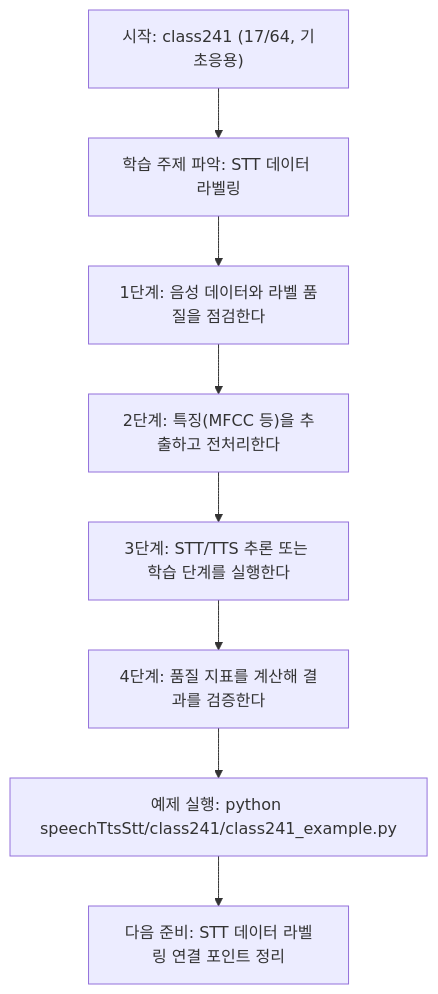
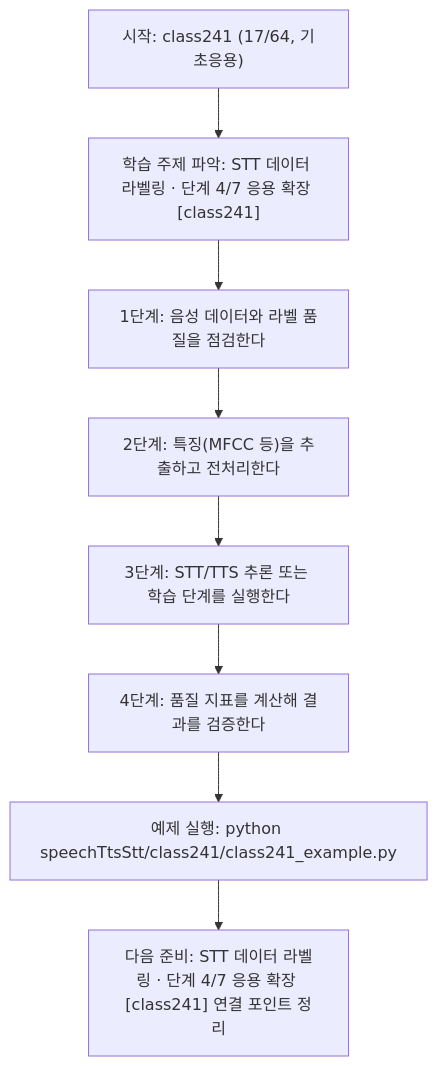
The diagram in speechTtsStt/class241/class241.md (edumgt/Python-AI_Agent-Class), drawn with Mermaid before and after one commit. The commit also changed other lines of this file and 522 other files, not shown here.

````diff
--- a/speechTtsStt/class241/class241.md
+++ b/speechTtsStt/class241/class241.md
@@ -113,18 +114,18 @@
 ```mermaid
 flowchart TD
 N1["시작: class241 (17/64, 기초응용)"]
-N2["학습 주제 파악: STT 데이터 라벨링"]
+N2["학습 주제 파악: STT 데이터 라벨링 · 단계 4/7 응용 확장 [class241]"]
 N3["1단계: 음성 데이터와 라벨 품질을 점검한다"]
 N4["2단계: 특징(MFCC 등)을 추출하고 전처리한다"]
 N5["3단계: STT/TTS 추론 또는 학습 단계를 실행한다"]
 N6["4단계: 품질 지표를 계산해 결과를 검증한다"]
 N7["예제 실행: python speechTtsStt/class241/class241_example.py"]
-N8["다음 준비: STT 데이터 라벨링 연결 포인트 정리"]
+N8["다음 준비: STT 데이터 라벨링 · 단계 4/7 응용 확장 [class241] 연결 포인트 정리"]
 N1 --> N2
 N2 --> N3
 N3 --> N4
 N4 --> N5
 N5 --> N6
 N6 --> N7
 N7 --> N8
 ```
````
